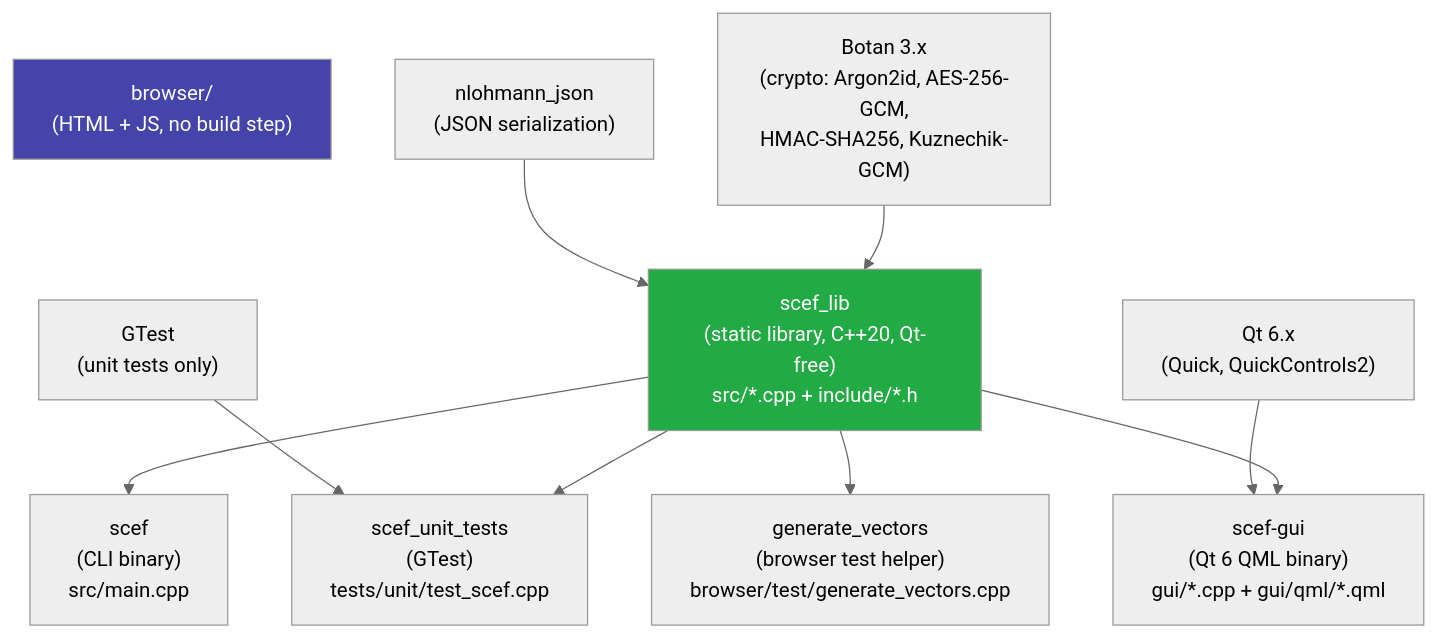
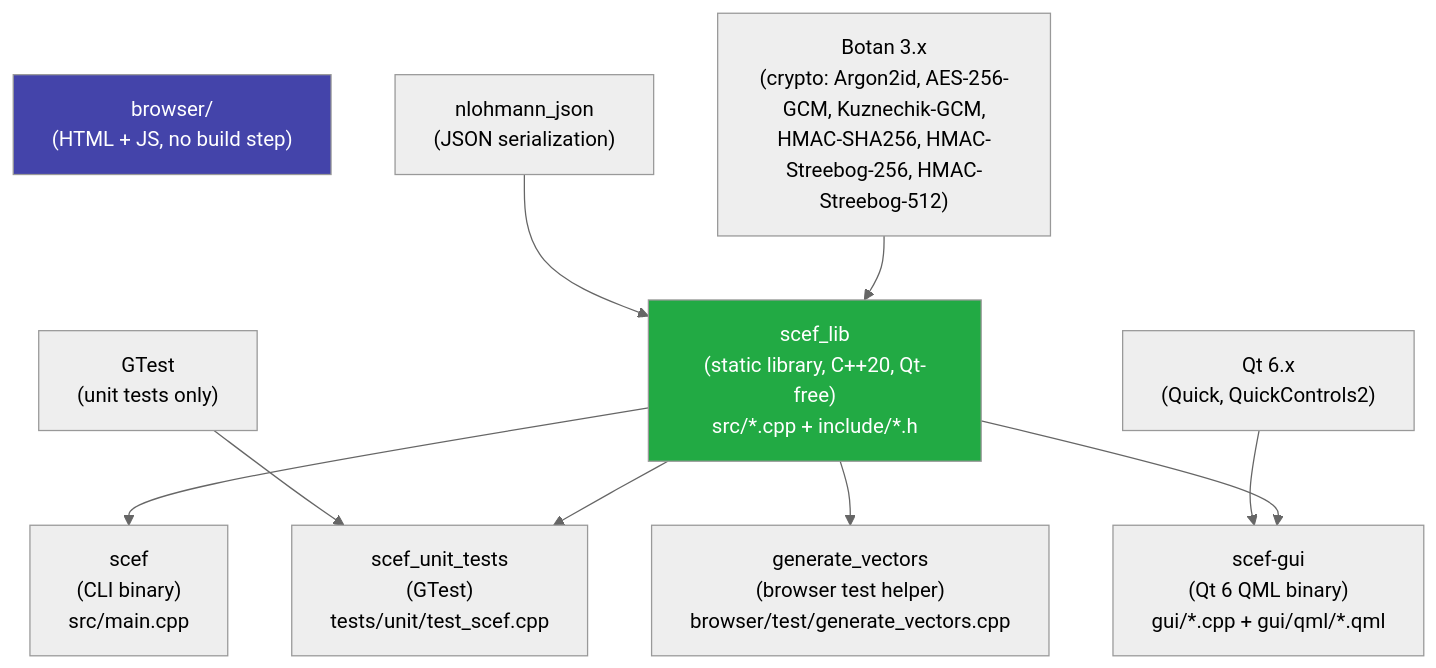
Before and after one commit to TheatreLight/scef: the first of 2 diagrams in docs/architecture.md, drawn with Mermaid (neutral theme). The commit also changed other lines of this file and 40 other files, not shown here.

````diff
--- a/docs/architecture.md
+++ b/docs/architecture.md
@@ -5,28 +5,28 @@
 ```mermaid
 graph TD
     scef_lib["scef_lib\n(static library, C++20, Qt-free)\nsrc/*.cpp + include/*.h"]
 
     scef["scef\n(CLI binary)\nsrc/main.cpp"]
     tests["scef_unit_tests\n(GTest)\ntests/unit/test_scef.cpp"]
     gui["scef-gui\n(Qt 6 QML binary)\ngui/*.cpp + gui/qml/*.qml"]
     vectors["generate_vectors\n(browser test helper)\nbrowser/test/generate_vectors.cpp"]
     browser["browser/\n(HTML + JS, no build step)"]
 
     scef_lib --> scef
     scef_lib --> tests
     scef_lib --> gui
     scef_lib --> vectors
 
-    botan["Botan 3.x\n(crypto: Argon2id, AES-256-GCM,\nHMAC-SHA256, Kuznechik-GCM)"]
+    botan["Botan 3.x\n(crypto: Argon2id, AES-256-GCM, Kuznechik-GCM,\nHMAC-SHA256, HMAC-Streebog-256, HMAC-Streebog-512)"]
     json["nlohmann_json\n(JSON serialization)"]
     gtest["GTest\n(unit tests only)"]
     qt["Qt 6.x\n(Quick, QuickControls2)"]
 
     botan --> scef_lib
     json --> scef_lib
     gtest --> tests
     qt --> gui
 
     style scef_lib fill:#2a4,color:#fff
     style browser fill:#44a,color:#fff
 ```
````
